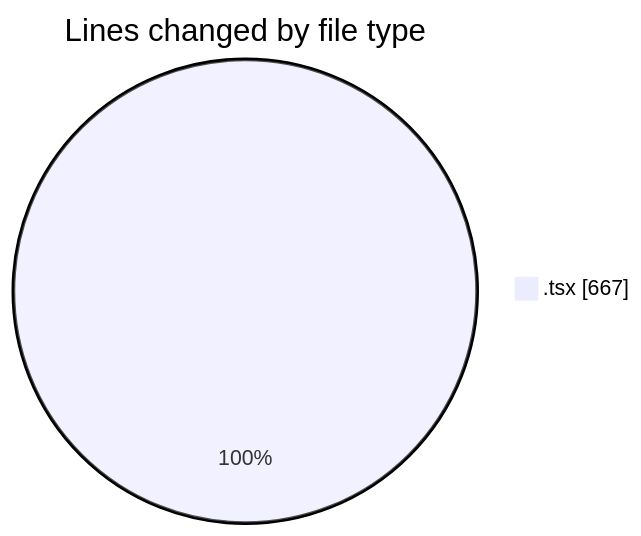
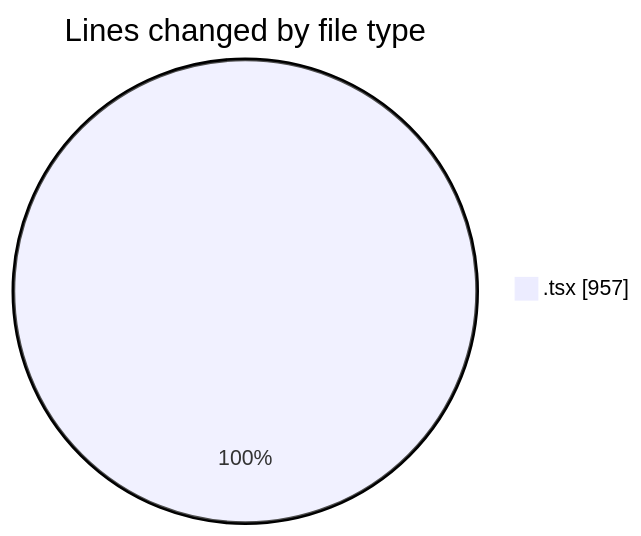
The first of 2 diagrams in 2025-04-04/cda/README.md (momahboobian/code-tracking), drawn with Mermaid before and after one commit. The commit also changed other lines of this file and 1 other file, not shown here.

````diff
--- a/2025-04-04/cda/README.md
+++ b/2025-04-04/cda/README.md
@@ -21,5 +23,5 @@
 ```mermaid
 pie showData
 title Lines changed by file type
-".tsx" : 667
+".tsx" : 957
 ```
````
